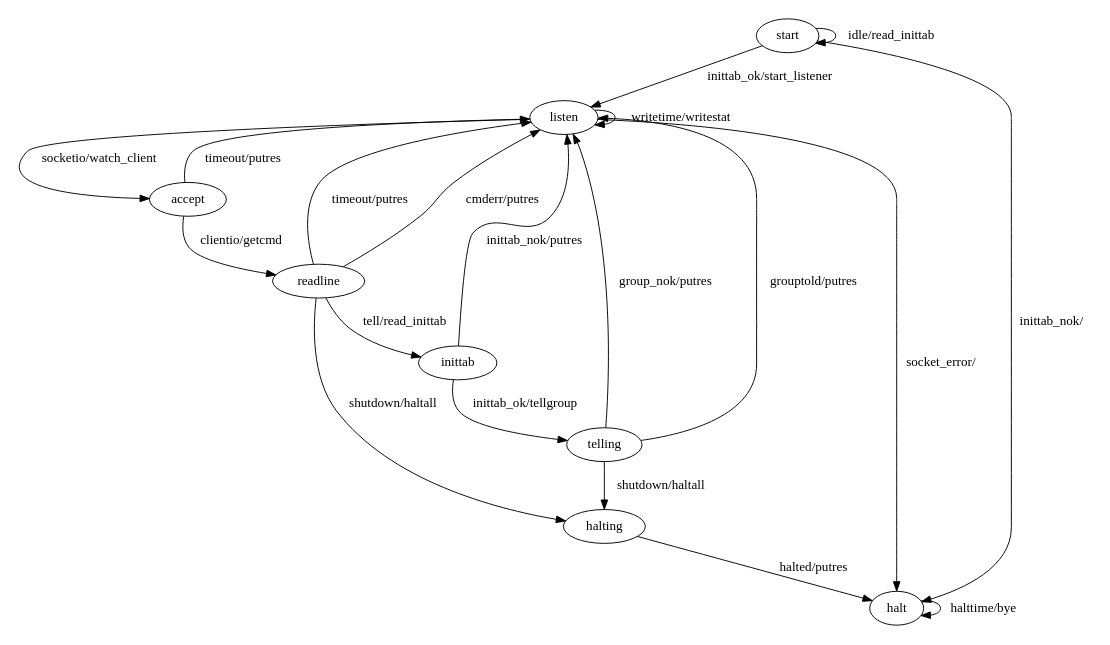
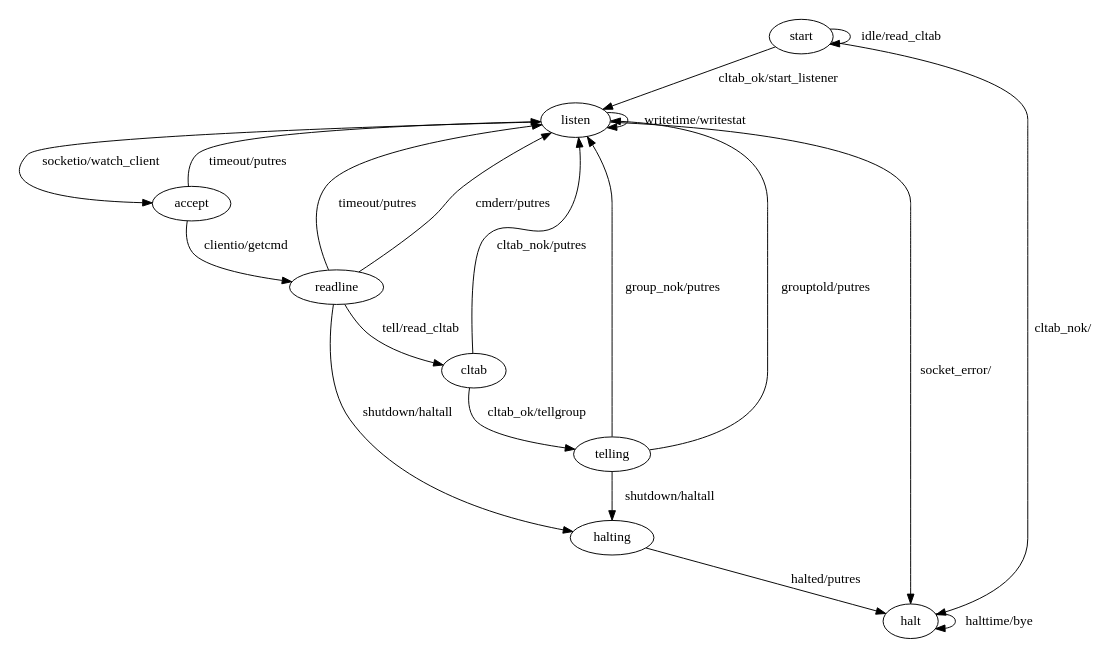
Before and after one commit to gitpan/Cluster-Init: the diagram in dfa/Daemon.dot, drawn with Graphviz. The commit also changed 38 other files, not shown here.

```diff
--- a/dfa/Daemon.dot
+++ b/dfa/Daemon.dot
@@ -1,32 +1,32 @@
 digraph "Cluster::Init::DFA::Daemon"
 {
   
   size="7.5,10";
   //rankdir=LR;
   //ratio=fill;
 
 
   //async: 
-  start -> start [label="idle/read_inittab"];
-  start -> listen [label="inittab_ok/start_listener"];
+  start -> start [label="idle/read_cltab"];
+  start -> listen [label="cltab_ok/start_listener"];
   //async: socketio
-  start -> halt [label="inittab_nok/"];
+  start -> halt [label="cltab_nok/"];
   listen -> accept [label="socketio/watch_client"];
   //async: socketio clientio
   listen -> halt [label="socket_error/"];
   listen -> listen [label="writetime/writestat"];
   accept -> readline [label="clientio/getcmd"];
   accept -> listen [label="timeout/putres"];
   readline -> listen [label="timeout/putres"];
   readline -> listen [label="cmderr/putres"];
-  readline -> inittab [label="tell/read_inittab"];
+  readline -> cltab [label="tell/read_cltab"];
   readline -> halting [label="shutdown/haltall"];
-  inittab -> listen [label="inittab_nok/putres"];
-  inittab -> telling [label="inittab_ok/tellgroup"];
+  cltab -> listen [label="cltab_nok/putres"];
+  cltab -> telling [label="cltab_ok/tellgroup"];
   telling -> listen [label="group_nok/putres"];
   telling -> listen [label="grouptold/putres"];
   telling -> halting [label="shutdown/haltall"];
   halting -> halt [label="halted/putres"];
   halt -> halt [label="halttime/bye"];
 
 }
```
